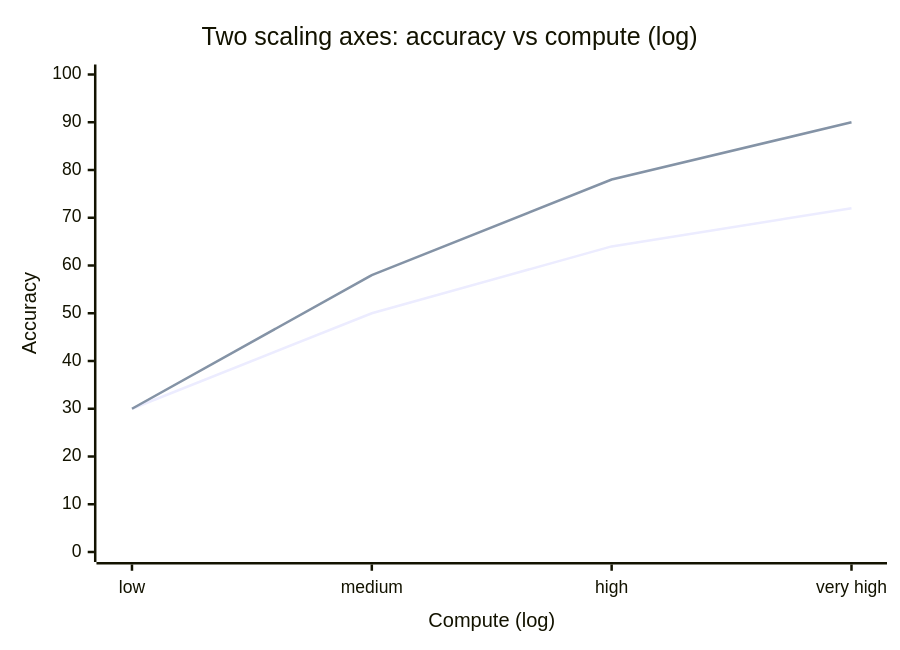
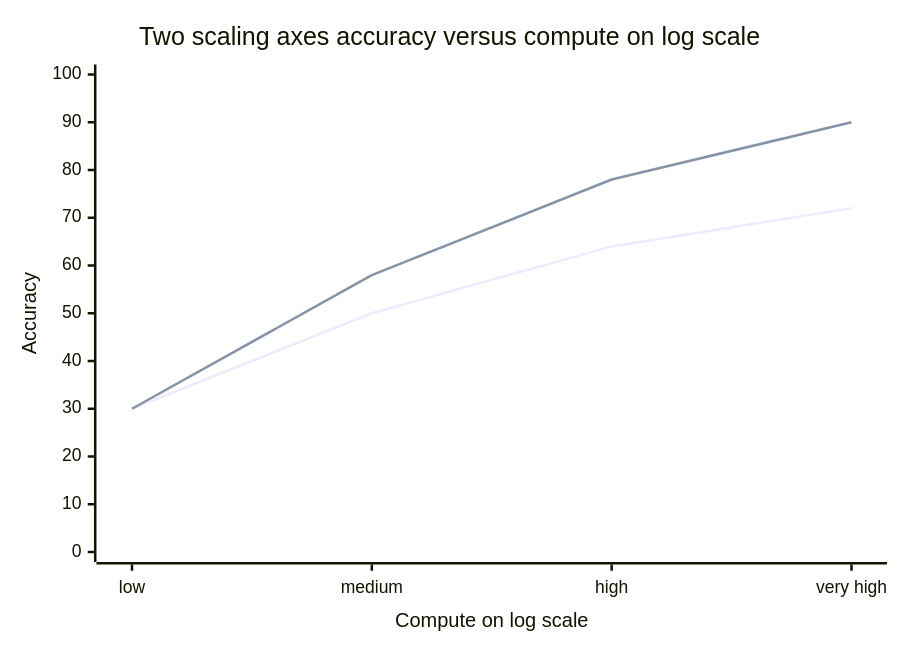
The diagram in 700-reasoning-models-test-time-compute.qmd (mikenguyen13/ai_in_action), drawn with Mermaid before and after one commit. The commit also changed 52 other files, not shown here.

Commit message:
Fix Mermaid rendering in 22 chapters: remove ampersands and br tags from node labels, move detail to tables

````diff
--- a/700-reasoning-models-test-time-compute.qmd
+++ b/700-reasoning-models-test-time-compute.qmd
@@ -17,8 +17,8 @@
 ```{mermaid}
 xychart-beta
-    title "Two scaling axes: accuracy vs compute (log)"
-    x-axis "Compute (log)" [low, medium, high, "very high"]
+    title "Two scaling axes accuracy versus compute on log scale"
+    x-axis "Compute on log scale" [low, medium, high, "very high"]
     y-axis "Accuracy" 0 --> 100
     line "Pre-training scale" [30, 50, 64, 72]
     line "Test-time compute" [30, 58, 78, 90]
 ```
````
